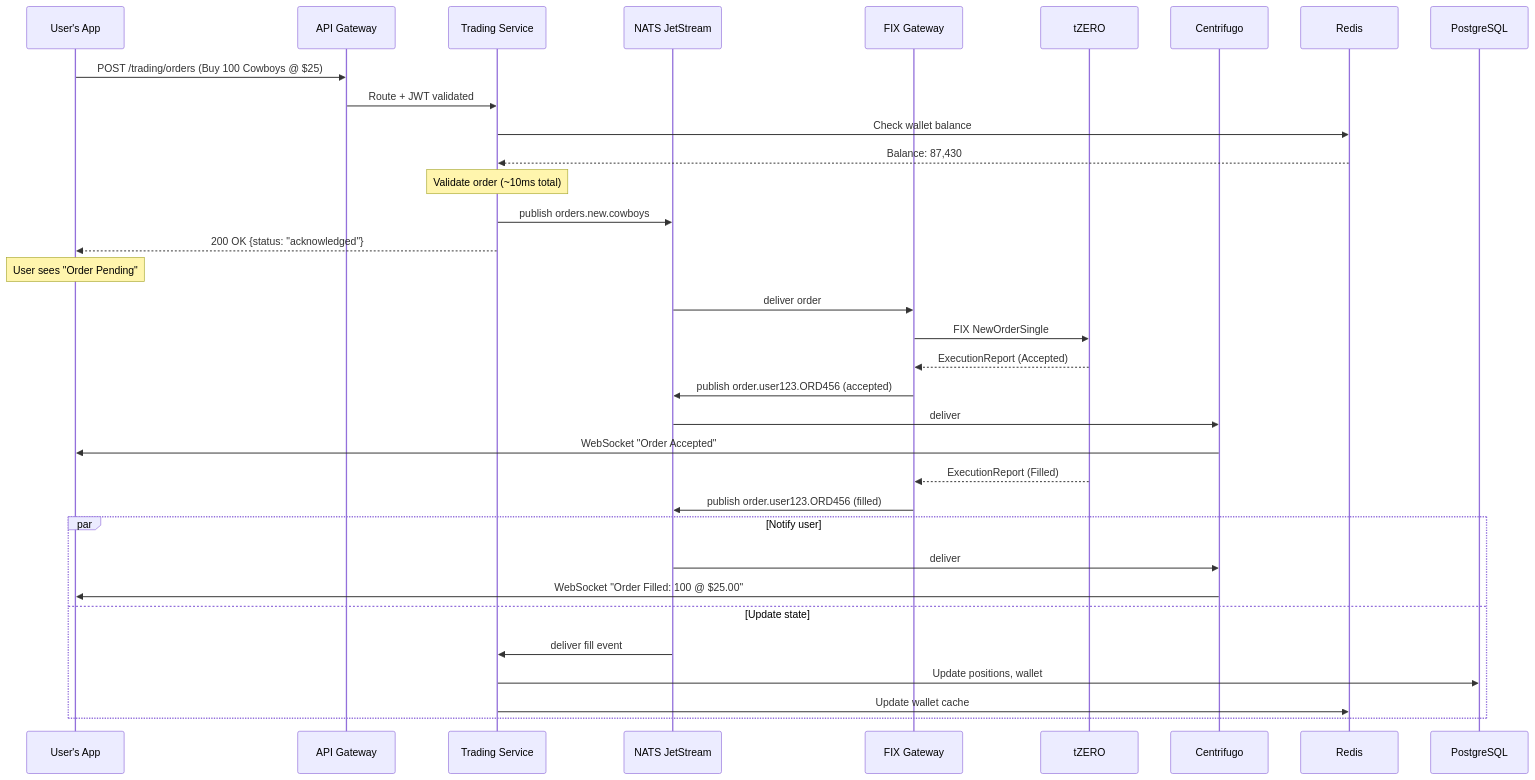
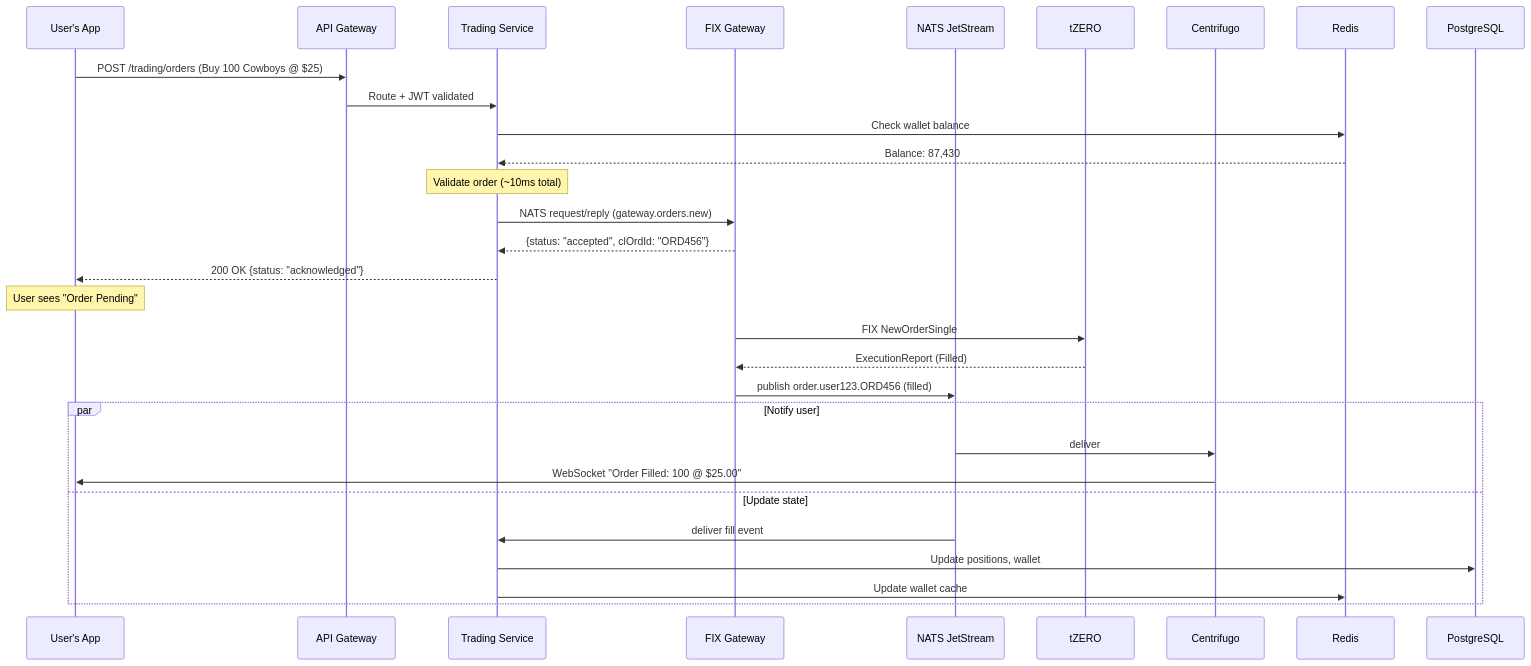
The fourth of 4 diagrams in vault/architecture/architecture.md (Novosapien/inplay-vault), drawn with Mermaid before and after one commit. The commit also changed other lines of this file and 3 other files, not shown here.

First line of the commit message:
Fix service connections: Trading→FIX via NATS request/reply, Leaderboard gets REST API

````diff
--- a/vault/architecture/architecture.md
+++ b/vault/architecture/architecture.md
@@ -181,40 +185,35 @@
 ```mermaid
 sequenceDiagram
     participant APP as User's App
     participant GW as API Gateway
     participant TS as Trading Service
+    participant FIX as FIX Gateway
     participant NATS as NATS JetStream
-    participant FIX as FIX Gateway
     participant T0 as tZERO
     participant CENT as Centrifugo
     participant REDIS as Redis
     participant PG as PostgreSQL
 
     APP->>GW: POST /trading/orders (Buy 100 Cowboys @ $25)
     GW->>TS: Route + JWT validated
     TS->>REDIS: Check wallet balance
     REDIS-->>TS: Balance: 87,430
     Note over TS: Validate order (~10ms total)
-    TS->>NATS: publish orders.new.cowboys
+    TS->>FIX: NATS request/reply (gateway.orders.new)
+    FIX-->>TS: {status: "accepted", clOrdId: "ORD456"}
     TS-->>APP: 200 OK {status: "acknowledged"}
     Note over APP: User sees "Order Pending"
     
-    NATS->>FIX: deliver order
     FIX->>T0: FIX NewOrderSingle
-    T0-->>FIX: ExecutionReport (Accepted)
-    FIX->>NATS: publish order.user123.ORD456 (accepted)
-    NATS->>CENT: deliver
-    CENT->>APP: WebSocket "Order Accepted"
-    
     T0-->>FIX: ExecutionReport (Filled)
     FIX->>NATS: publish order.user123.ORD456 (filled)
     
     par Notify user
         NATS->>CENT: deliver
         CENT->>APP: WebSocket "Order Filled: 100 @ $25.00"
     and Update state
         NATS->>TS: deliver fill event
         TS->>PG: Update positions, wallet
         TS->>REDIS: Update wallet cache
     end
 ```
````
